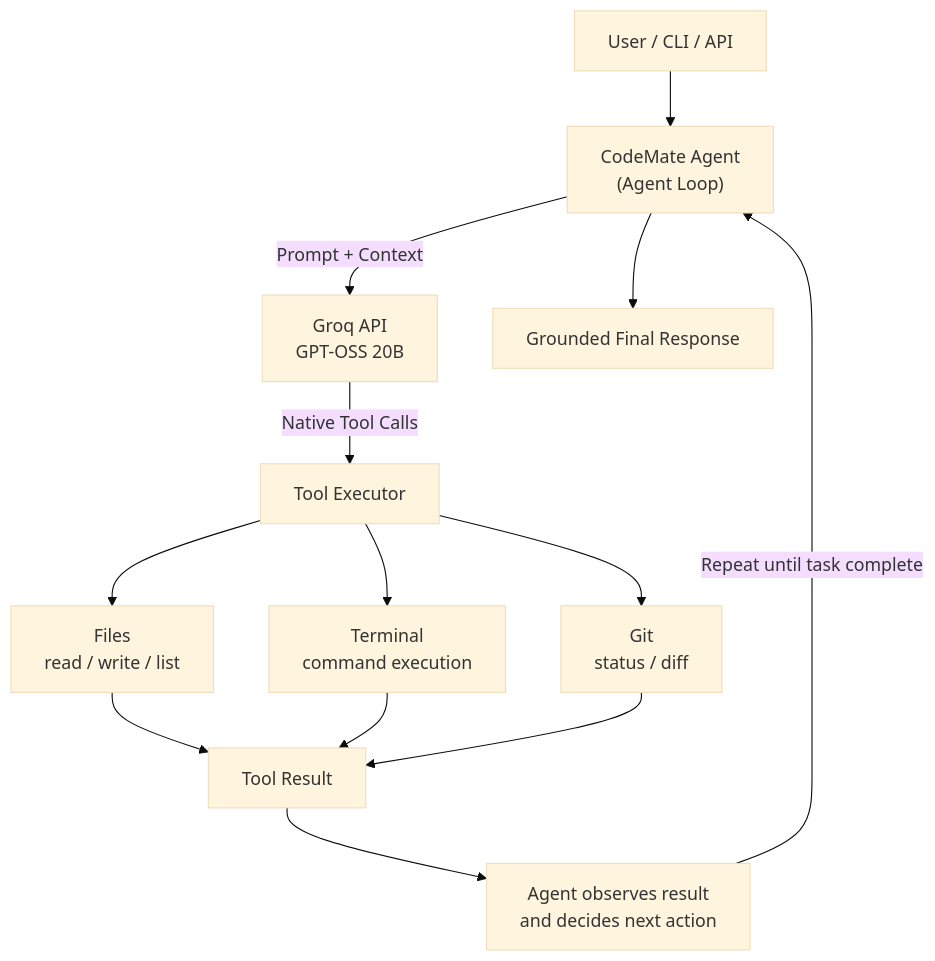
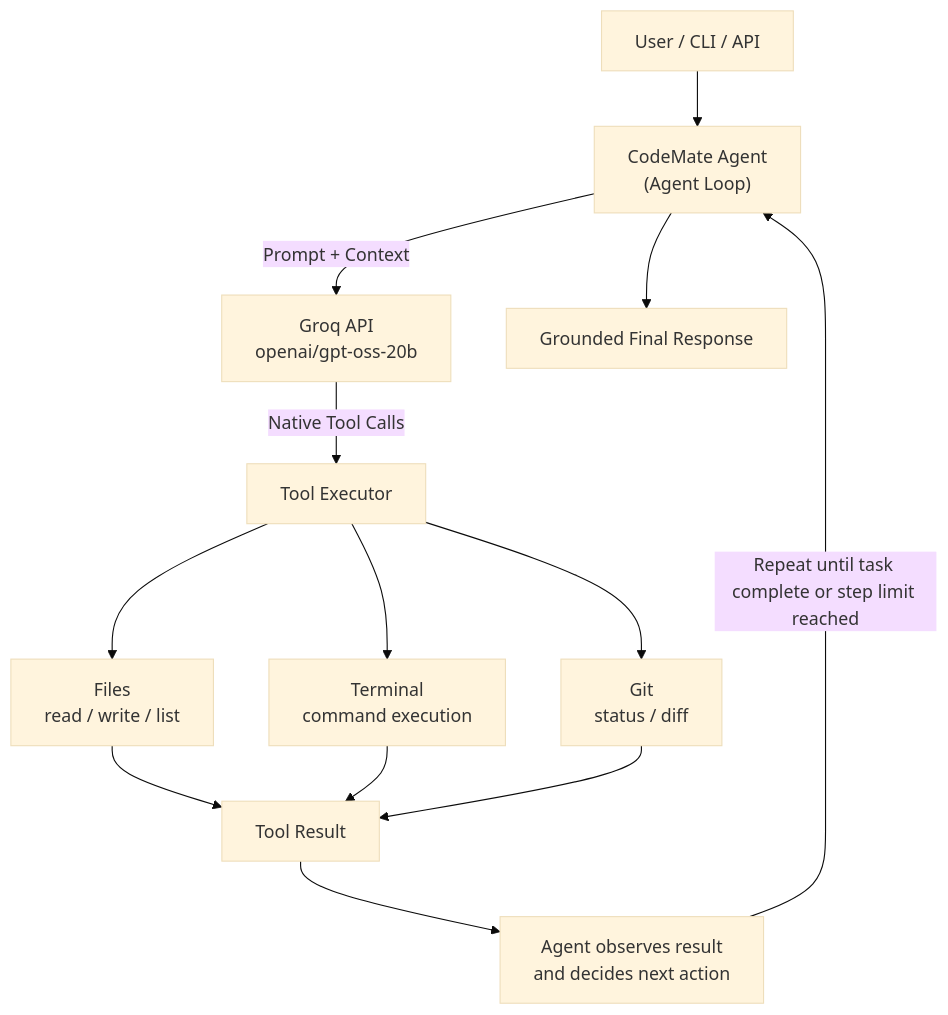
The diagram in README.md (THEaanya09/Code-Mate), drawn with Mermaid (base theme) before and after one commit. The commit also changed other lines of this file, not shown here.

````diff
--- a/README.md
+++ b/README.md
@@ -78,15 +78,15 @@
 ```mermaid
 flowchart TD
     A["User / CLI / API"] --> B["CodeMate Agent<br/>(Agent Loop)"]
-    B -->|"Prompt + Context"| C["Groq API<br/>GPT-OSS 20B"]
+    B -->|"Prompt + Context"| C["Groq API<br/>openai/gpt-oss-20b"]
     C -->|"Native Tool Calls"| D["Tool Executor"]
     D --> E["Files<br/>read / write / list"]
     D --> F["Terminal<br/>command execution"]
     D --> G["Git<br/>status / diff"]
     E --> H["Tool Result"]
     F --> H
     G --> H
     H --> I["Agent observes result<br/>and decides next action"]
-    I -->|"Repeat until task complete"| B
+    I -->|"Repeat until task complete or step limit reached"| B
     B --> J["Grounded Final Response"]
 ```
````
